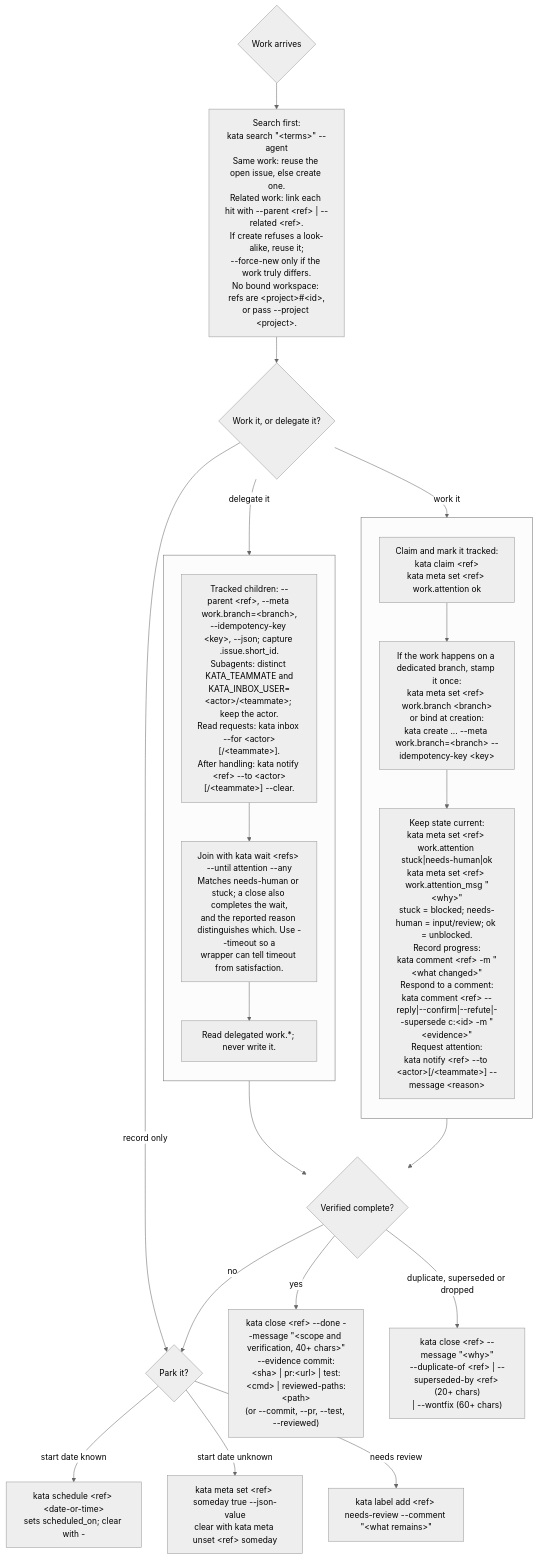
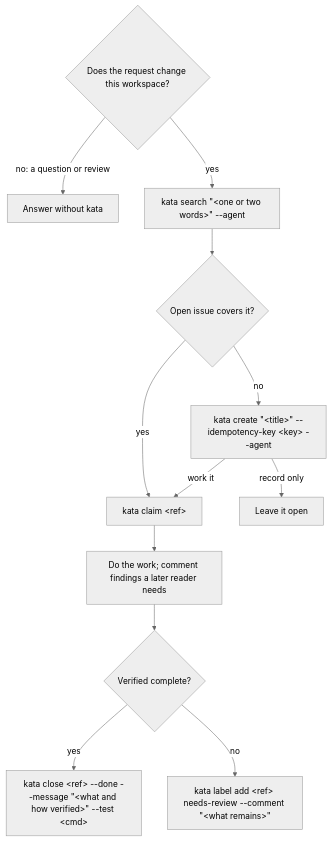
One commit to kenn-io/kata changed the diagram in README.md. Above: the diagram before and after it, drawn with Mermaid (neutral theme). The commit also changed other lines of this file and 7 other files, not shown here.

````diff
--- a/README.md
+++ b/README.md
@@ -84,35 +87,14 @@
 ```mermaid
 flowchart TB
-  arrive{"Work arrives"} --> search["Search first:<br/>kata search #34;#60;terms#62;#34; --agent<br/>Same work: reuse the open issue, else create one.<br/>Related work: link each hit with --parent #60;ref#62; #124; --related #60;ref#62;.<br/>If create refuses a look-alike, reuse it;<br/>--force-new only if the work truly differs.<br/>No bound workspace: refs are #60;project#62;##60;id#62;,<br/>or pass --project #60;project#62;."]
-  search --> route{"Work it, or delegate it?"}
-
-  subgraph workside[" "]
-    direction TB
-    claim["Claim and mark it tracked:<br/>kata claim #60;ref#62;<br/>kata meta set #60;ref#62; work.attention ok"]
-    branch["If the work happens on a dedicated branch, stamp it once:<br/>kata meta set #60;ref#62; work.branch #60;branch#62;<br/>or bind at creation:<br/>kata create ... --meta work.branch=#60;branch#62; --idempotency-key #60;key#62;"]
-    live["Keep state current:<br/>kata meta set #60;ref#62; work.attention stuck#124;needs-human#124;ok<br/>kata meta set #60;ref#62; work.attention_msg #34;#60;why#62;#34;<br/>stuck = blocked; needs-human = input/review; ok = unblocked.<br/>Record progress:<br/>kata comment #60;ref#62; -m #34;#60;what changed#62;#34;<br/>Respond to a comment:<br/>kata comment #60;ref#62; --reply#124;--confirm#124;--refute#124;--supersede c:#60;id#62; -m #34;#60;evidence#62;#34;<br/>Request attention:<br/>kata notify #60;ref#62; --to #60;actor#62;[/#60;teammate#62;] --message #60;reason#62;"]
-    claim --> branch --> live
-  end
-
-  subgraph delegateside[" "]
-    direction TB
-    fanout["Tracked children: --parent #60;ref#62;, --meta work.branch=#60;branch#62;,<br/>--idempotency-key #60;key#62;, --json; capture .issue.short_id.<br/>Subagents: distinct KATA_TEAMMATE and<br/>KATA_INBOX_USER=#60;actor#62;/#60;teammate#62;; keep the actor.<br/>Read requests: kata inbox --for #60;actor#62;[/#60;teammate#62;].<br/>After handling: kata notify #60;ref#62; --to #60;actor#62;[/#60;teammate#62;] --clear."]
-    join["Join with kata wait #60;refs#62; --until attention --any<br/>Matches needs-human or stuck; a close also completes the wait,<br/>and the reported reason distinguishes which. Use --timeout so a<br/>wrapper can tell timeout from satisfaction."]
-    coord["Read delegated work.*; never write it."]
-    fanout --> join --> coord
-  end
-
-  route -->|work it| claim
-  route -->|delegate it| fanout
-  route -->|record only| park
-  live --> done
-  coord --> done
-
-  done{"Verified complete?"}
-  done -->|yes| close["kata close #60;ref#62; --done --message #34;#60;scope and verification, 40+ chars#62;#34;<br/>--evidence commit:#60;sha#62; #124; pr:#60;url#62; #124; test:#60;cmd#62; #124; reviewed-paths:#60;path#62;<br/>(or --commit, --pr, --test, --reviewed)"]
-  done -->|duplicate, superseded or dropped| retire["kata close #60;ref#62; --message #34;#60;why#62;#34;<br/>--duplicate-of #60;ref#62; #124; --superseded-by #60;ref#62; (20+ chars)<br/>#124; --wontfix (60+ chars)"]
-  done -->|no| park{"Park it?"}
-  park -->|start date known| schedule["kata schedule #60;ref#62; #60;date-or-time#62;<br/>sets scheduled_on; clear with -"]
-  park -->|start date unknown| someday["kata meta set #60;ref#62; someday true --json-value<br/>clear with kata meta unset #60;ref#62; someday"]
-  park -->|needs review| review["kata label add #60;ref#62; needs-review --comment #34;#60;what remains#62;#34;"]
+  arrive{"Does the request change this workspace?"} -->|no: a question or review| answer["Answer without kata"]
+  arrive -->|yes| search["kata search #34;#60;one or two words#62;#34; --agent"]
+  search --> found{"Open issue covers it?"}
+  found -->|yes| claim["kata claim #60;ref#62;"]
+  found -->|no| create["kata create #34;#60;title#62;#34; --idempotency-key #60;key#62; --agent"]
+  create -->|work it| claim
+  create -->|record only| stop["Leave it open"]
+  claim --> work["Do the work; comment findings a later reader needs"]
+  work --> done{"Verified complete?"}
+  done -->|yes| close["kata close #60;ref#62; --done --message #34;#60;what and how verified#62;#34; --test #60;cmd#62;"]
+  done -->|no| review["kata label add #60;ref#62; needs-review --comment #34;#60;what remains#62;#34;"]
 ```
````
